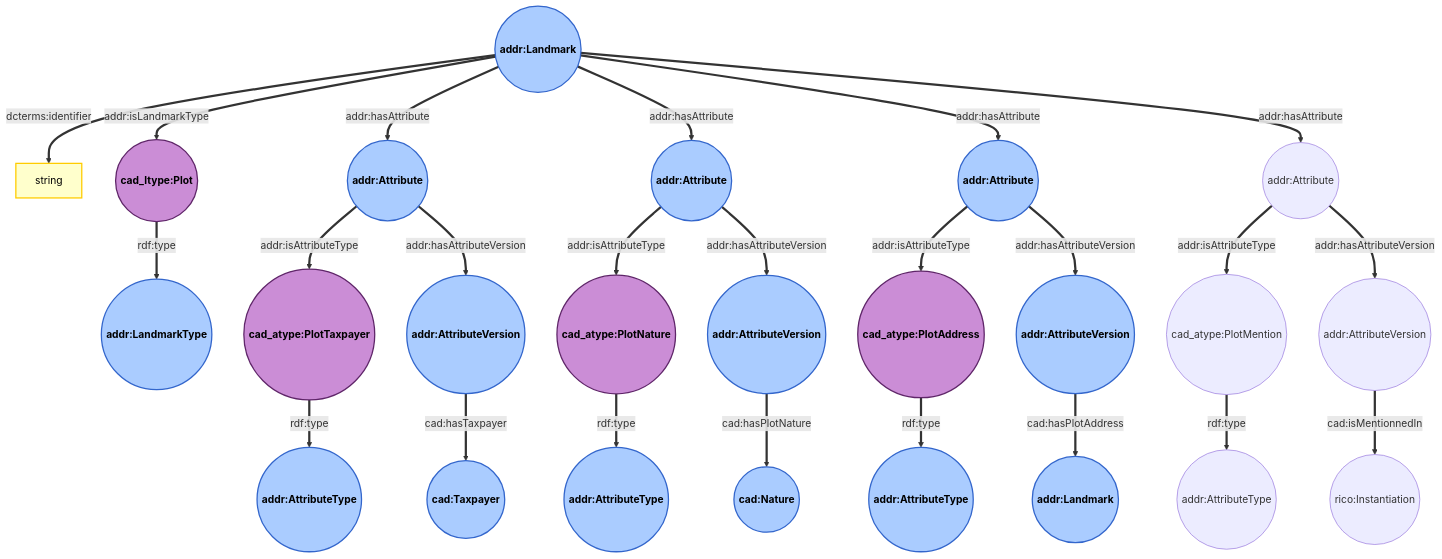
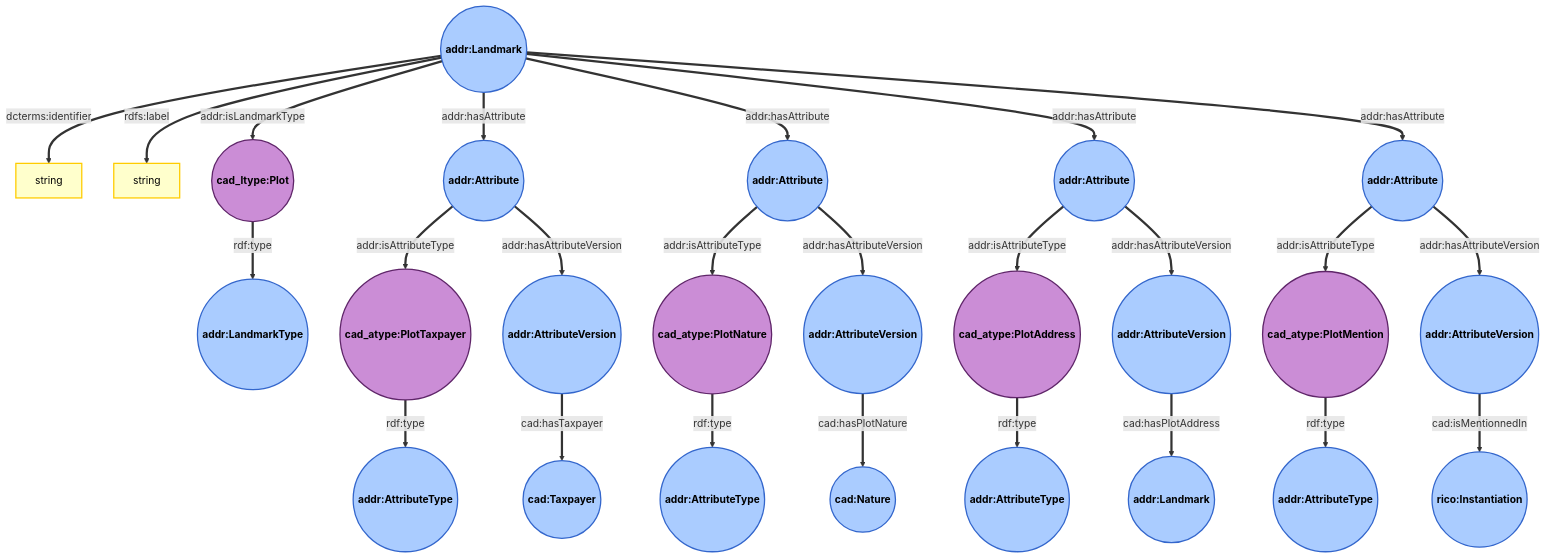
The diagram in ontology/documentation/addresses_land_registry_extension/plots_schema.md (umrlastig/pegazus-ontology), drawn with Mermaid before and after one commit. The commit also changed other lines of this file and 2 other files, not shown here.

Commit message:
Update land registry landmark documentation

````diff
--- a/ontology/documentation/addresses_land_registry_extension/plots_schema.md
+++ b/ontology/documentation/addresses_land_registry_extension/plots_schema.md
@@ -13,8 +14,10 @@
     %%SectionNode(("addr:Landmark"))
 
     PlotId["string"]
+    PlotLabel["string"]
     PlotType(("cad_ltype:Plot"))
     addrLandmarkType(("addr:LandmarkType"))
+
     %%PlotSectionLR
     %%SectionId["string"]
     %%SectionType(("cad_ltype:Section"))
@@ -50,6 +53,7 @@
     %% 2. Connect the unique IDs
     
     LandmarkNode == "dcterms:identifier" ==> PlotId 
+    LandmarkNode == "rdfs:label" ==> PlotLabel
     LandmarkNode == "addr:isLandmarkType" ==> PlotType
     PlotType == "rdf:type" ==> addrLandmarkType
 
@@ -87,10 +91,10 @@
 
     classDef vowlThing fill:#f5f5f5,stroke:#999999,stroke-width:2px,stroke-dasharray: 4,color:#000,font-style:italic;
 
-    class LandmarkNode,PlotType,addrLandmarkType,NatureAtt,TaxpayerAtt,AddressAtt,NatureAttV,TaxpayerAttV,AddressAttV,TaxpayerValue,AddressValue,NatureValue,addrAttributeTypeA,addrAttributeTypeT,addrAttributeTypeN vowlClass;
+    class LandmarkNode,PlotType,addrLandmarkType,NatureAtt,TaxpayerAtt,AddressAtt,MentionAtt,NatureAttV,TaxpayerAttV,AddressAttV,MentionAttV,TaxpayerValue,AddressValue,NatureValue,MentionValue,addrAttributeTypeA,addrAttributeTypeT,addrAttributeTypeN,addrAttributeTypeM vowlClass;
 
-    class PlotType,NatureAttT,TaxpayerAttT,AddressAttT,pNature vowlClassInstance;
+    class PlotType,NatureAttT,TaxpayerAttT,AddressAttT,MentionAttT,pNature vowlClassInstance;
 
-    class PlotId vowlLiteral;
+    class PlotId,PlotLabel vowlLiteral;
     %%class  vowlThing;
 ```
````
